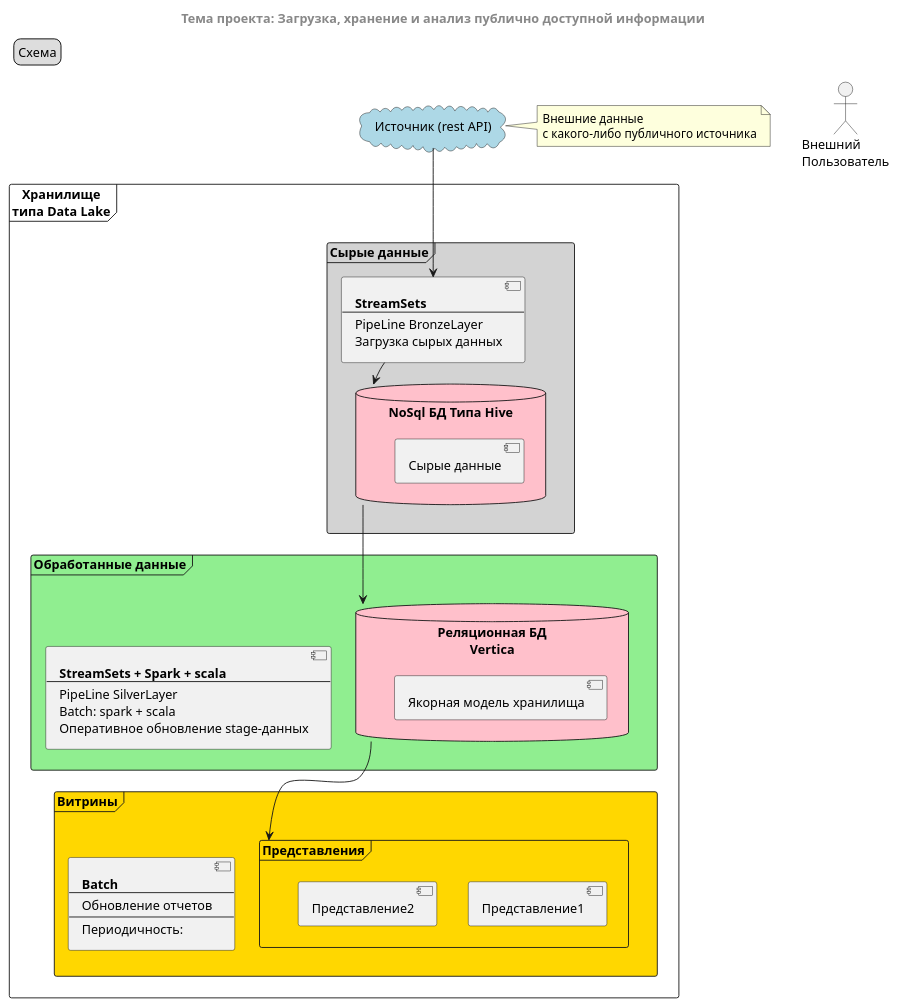
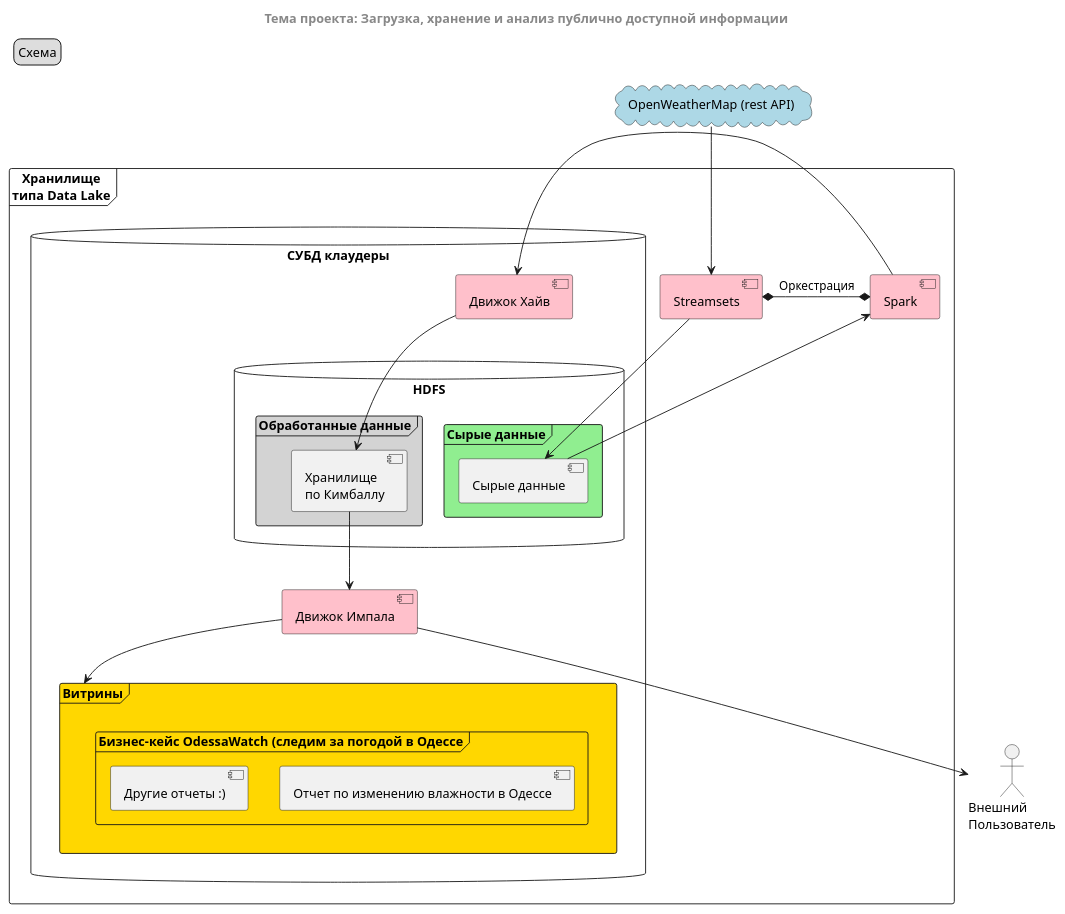
Before and after one commit to tol2000/dataengineerclub: the diagram in project/schema.plantuml, drawn with PlantUML. The commit also changed 14 other files, not shown here.

Commit message:
diploma_final_note_with_schema

```diff
--- a/project/schema.plantuml
+++ b/project/schema.plantuml
@@ -1,83 +1,84 @@
 @startuml Схема процесса
 
 skinparam ComponentStyle uml2
 
-' left to right direction
-' top to bottom direction
+
 
 centerheader
 = Тема проекта: Загрузка, хранение и анализ публично доступной информации
 endheader
 
 legend top left
   Схема
 endlegend
 
-cloud "Источник (rest API)" as cloud_source #LightBlue {
+cloud "OpenWeatherMap (rest API)" as source #LightBlue {
 }
-
-note right of cloud_source
-    Внешние данные
-    с какого-либо публичного источника
-end note
 
 Actor "Внешний\nПользователь" as extuser
 
 frame "Хранилище\nтипа Data Lake" as frame_dlstor {
 
-    frame "Витрины" as frame_dlstor_dm #Gold {
-        frame "Представления" as views_dm {
-            component report_1 [
-                Представление1
-            ]
-            component report_2 [
-                Представление2
-            ]
+    component streamsets #Pink [
+        Streamsets
+    ]
+
+    component spark #Pink [
+        Spark
+    ]
+
+    database "СУБД клаудеры" as dbms_cloudera {
+        component hive #Pink [
+            Движок Хайв
+        ]
+        component impala #Pink [
+            Движок Импала
+        ]
+
+        database "HDFS" as hdfs {
+
+            frame "Сырые данные" as frame_dlstor_raw #LightGreen {
+                component bronze [
+                    Сырые данные
+                ]
+            }
+
+            frame "Обработанные данные" as frame_dlstor_stage #LightGray {
+                component dwh [
+                    Хранилище
+                    по Кимбаллу
+                ]
+            }
+        
         }
-        component batch_dm_refresh [
-            **Batch**
-            ----
-            Обновление отчетов
-            ----
-            Периодичность: 
-        ]
+
+        frame "Витрины" as datamart #Gold {
+            frame "Бизнес-кейс OdessaWatch (следим за погодой в Одессе" as views_dm {
+                component report_1 [
+                    Отчет по изменению влажности в Одессе
+                ]
+                component report_other [
+                    Другие отчеты :)
+                ]
+            }
+        }
+
     }
 
-    frame "Обработанные данные" as frame_dlstor_stage #LightGreen {
-        database "Реляционная БД\n**Vertica**" as db_stage #Pink {
-            component anchor_model_dwh [
-                Якорная модель хранилища
-            ]
-        }
-        component batch_stage_refresh [
-            **StreamSets + Spark + scala**
-            ----
-            PipeLine SilverLayer
-            Batch: spark + scala
-            Оперативное обновление stage-данных
-        ]
-    }
+}
 
-    frame "Сырые данные" as frame_dlstor_raw #LightGray {
-        database "NoSql БД Типа Hive" as db_raw #Pink {
-            component raw_data [
-                Сырые данные
-            ]
-        }
-        component batch_raw_load [
-            **StreamSets**
-            ----
-            PipeLine BronzeLayer
-            Загрузка сырых данных
-        ]
-    }
+streamsets *-* spark : Оркестрация
 
-    cloud_source --> batch_raw_load
-    batch_raw_load --> db_raw
+source --> streamsets
+streamsets --> bronze
 
-    db_raw --> db_stage
+bronze --> spark
+spark --> hive
+hive --> dwh
 
-    db_stage --> views_dm
+dwh --> impala
+impala --> datamart
 
-}
+impala --> extuser
+
 @enduml
```
